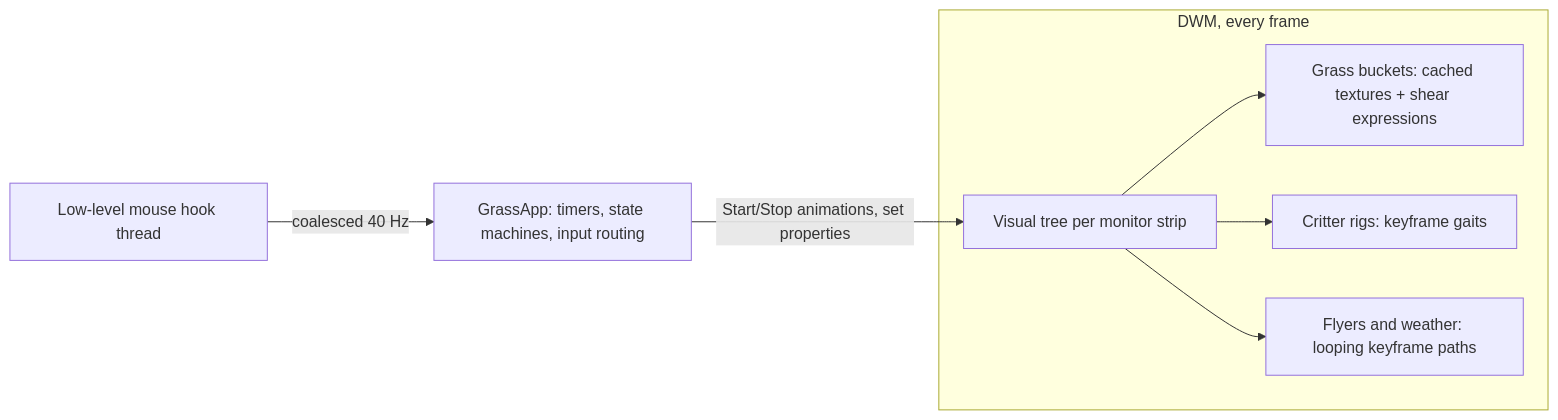
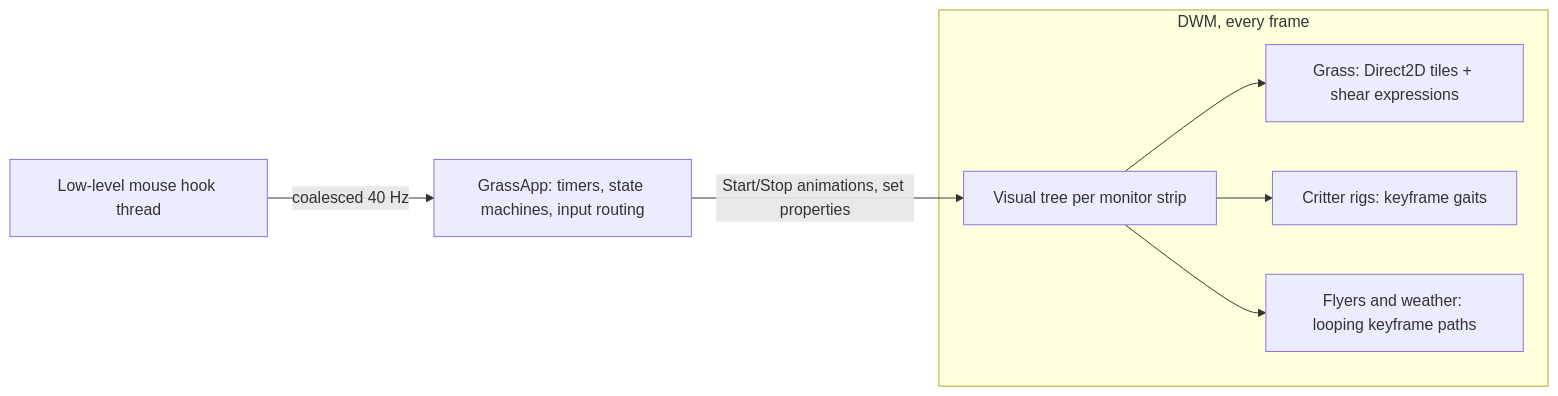
The diagram in README.md (crutkas/DesktopGrassVersion2), drawn with Mermaid before and after one commit. The commit also changed other lines of this file and 7 other files, not shown here.

First line of the commit message:
Rasterize grass with Direct2D into composition drawing surfaces

````diff
--- a/README.md
+++ b/README.md
@@ -45,10 +45,10 @@
 ```mermaid
 flowchart LR
     hook[Low-level mouse hook thread] -->|coalesced 40 Hz| app
     app[GrassApp: timers, state machines, input routing] -->|Start/Stop animations, set properties| tree
     subgraph DWM [DWM, every frame]
-        tree[Visual tree per monitor strip] --> grass[Grass buckets: cached textures + shear expressions]
+        tree[Visual tree per monitor strip] --> grass[Grass: Direct2D tiles + shear expressions]
         tree --> critters[Critter rigs: keyframe gaits]
         tree --> sky[Flyers and weather: looping keyframe paths]
     end
 ```
````
